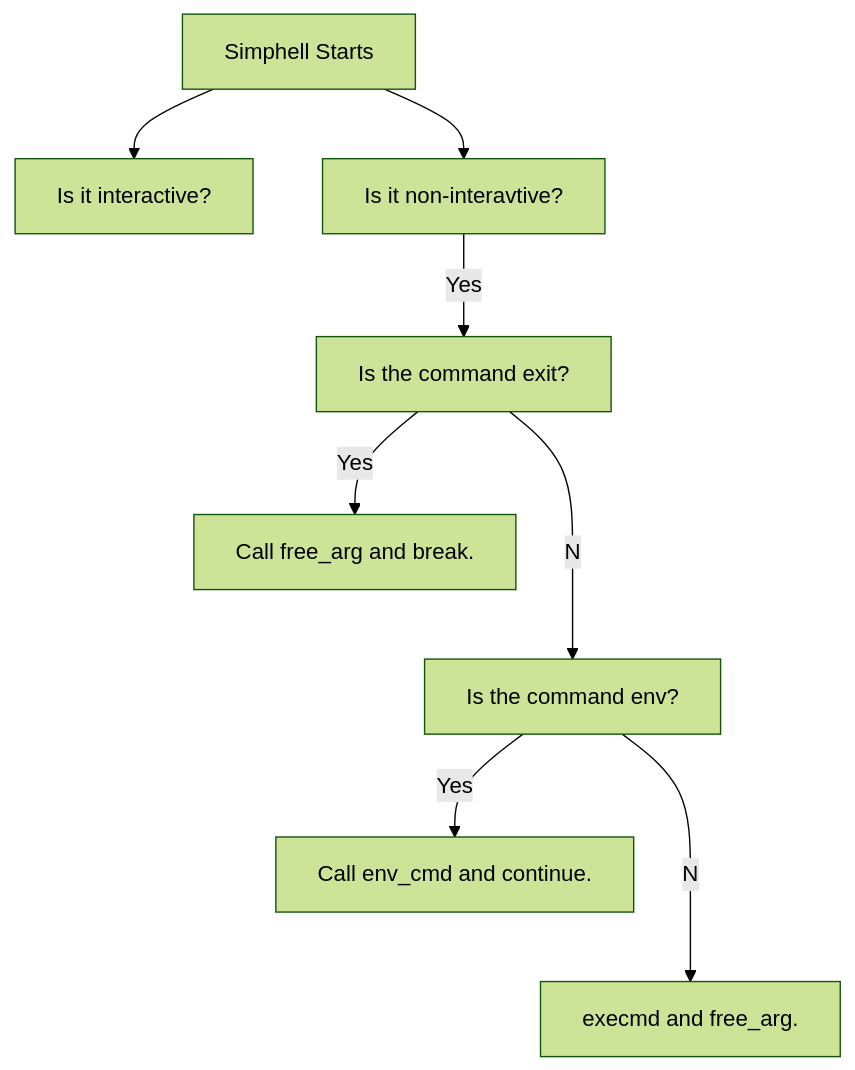
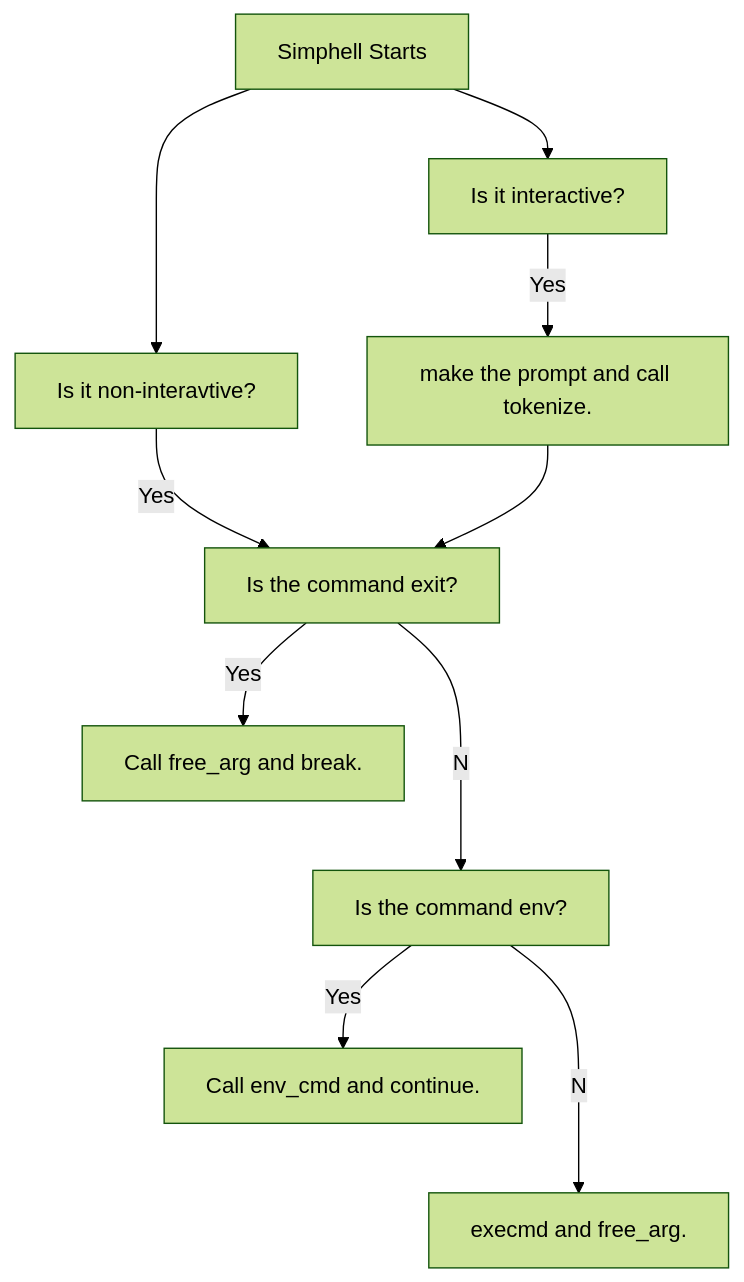
One commit to LeeWest89/MySuperRepo changed the diagram in README.md. Above: the diagram before and after it, drawn with Mermaid (forest theme).

````diff
--- a/README.md
+++ b/README.md
@@ -2,11 +2,12 @@
 ```mermaid
 flowchart TD;
   A[Simphell Starts]-->B[Is it interactive?];
   A-->C[Is it non-interavtive?];
   C--Yes-->D[Is the command exit?];
   D--Yes-->E[Call free_arg and break.];
   D--No-->F[Is the command env?];
   F--Yes-->G[Call env_cmd and continue.];
   F--No-->H[execmd and free_arg.];
-
+  B--Yes-->I[make the prompt and call tokenize.];
+  I-->D
 ```
````
